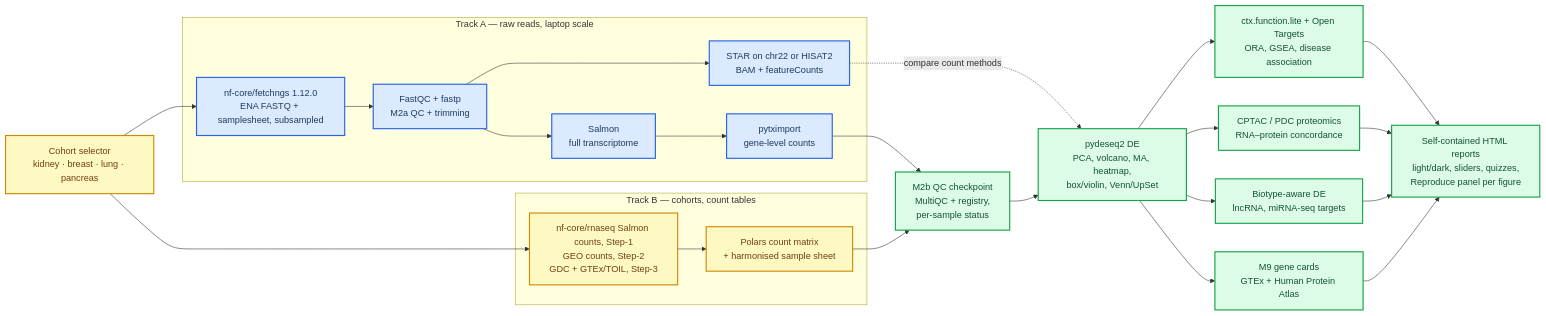
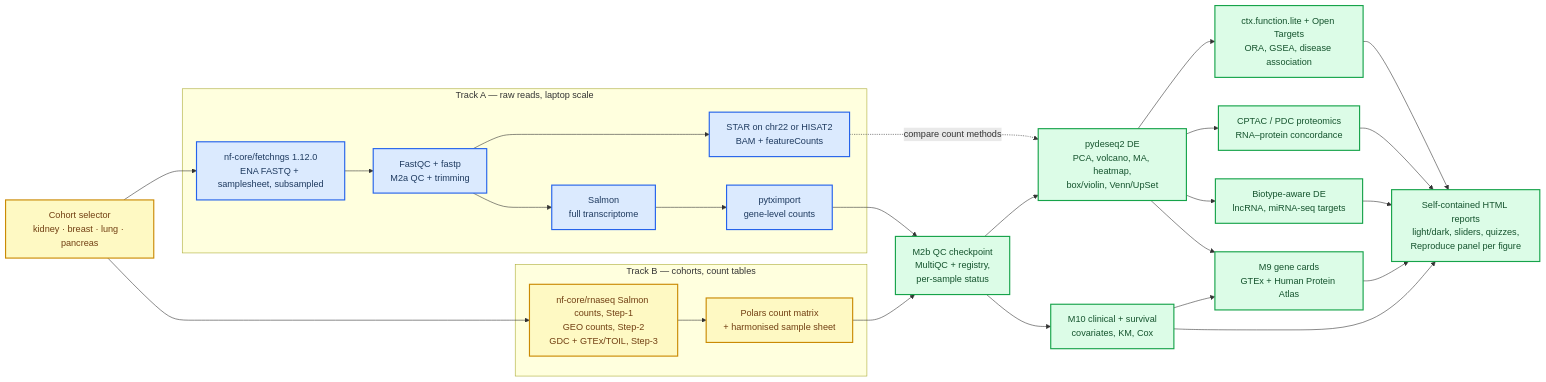
The diagram in TODO.md (Aramburu-Lab/RNAseq_tutorial), drawn with Mermaid before and after one commit. The commit also changed other lines of this file and 6 other files, not shown here.

````diff
--- a/TODO.md
+++ b/TODO.md
@@ -31,41 +32,44 @@
 ```mermaid
 flowchart LR
     accTitle: Two-Track Teaching Architecture
-    accDescr: A cohort selector (kidney, breast, lung, pancreas) chooses the datasets for both tracks. Track A runs the complete read-level pipeline on subsampled FASTQ files so it fits a laptop. Track B uses count tables from immune-cell cohorts and, at Step-3, from TCGA and GTEx, for realistic cohort statistics. Both tracks pass a QC checkpoint and feed the same differential expression and functional annotation modules; two integration modules compare RNA changes with proteomics and handle non-coding RNAs, and gene cards add GTEx and Human Protein Atlas context for selected genes before reporting.
+    accDescr: A cohort selector (kidney, breast, lung, pancreas) chooses the datasets for both tracks. Track A runs the complete read-level pipeline on subsampled FASTQ files so it fits a laptop. Track B uses count tables from immune-cell cohorts and, at Step-3, from TCGA and GTEx, for realistic cohort statistics. Both tracks pass a QC checkpoint and feed the same differential expression and functional annotation modules; two integration modules compare RNA changes with proteomics and handle non-coding RNAs, gene cards add GTEx and Human Protein Atlas context for selected genes, and a clinical module relates expression to covariates, treatment and survival before reporting.
 
     cohortsel["Cohort selector<br/>kidney · breast · lung · pancreas"]
 
     subgraph track_a["Track A — raw reads, laptop scale"]
         fastq["nf-core/fetchngs 1.12.0<br/>ENA FASTQ + samplesheet, subsampled"] --> qc["FastQC + fastp<br/>M2a QC + trimming"]
         qc --> align["STAR on chr22 or HISAT2<br/>BAM + featureCounts"]
         qc --> salmon["Salmon<br/>full transcriptome"]
         salmon --> tximport["pytximport<br/>gene-level counts"]
     end
 
     subgraph track_b["Track B — cohorts, count tables"]
         gdc["nf-core/rnaseq Salmon counts, Step-1<br/>GEO counts, Step-2<br/>GDC + GTEx/TOIL, Step-3"] --> matrix["Polars count matrix<br/>+ harmonised sample sheet"]
     end
 
     cohortsel --> fastq
     cohortsel --> gdc
     tximport --> qcc["M2b QC checkpoint<br/>MultiQC + registry,<br/>per-sample status"]
     matrix --> qcc
     qcc --> de["pydeseq2 DE<br/>PCA, volcano, MA, heatmap,<br/>box/violin, Venn/UpSet"]
     align -.->|"compare count methods"| de
     de --> func["ctx.function.lite + Open Targets<br/>ORA, GSEA, disease association"]
     de --> prot["CPTAC / PDC proteomics<br/>RNA–protein concordance"]
     de --> ncrna["Biotype-aware DE<br/>lncRNA, miRNA-seq targets"]
     func --> report["Self-contained HTML reports<br/>light/dark, sliders, quizzes,<br/>Reproduce panel per figure"]
     prot --> report
     ncrna --> report
     de --> gene["M9 gene cards<br/>GTEx + Human Protein Atlas"]
     gene --> report
+    qcc --> clin["M10 clinical + survival<br/>covariates, KM, Cox"]
+    clin --> gene
+    clin --> report
 
     classDef reads fill:#dbeafe,stroke:#2563eb,stroke-width:2px,color:#1e3a5f
     classDef cohort fill:#fef9c3,stroke:#ca8a04,stroke-width:2px,color:#713f12
     classDef shared fill:#dcfce7,stroke:#16a34a,stroke-width:2px,color:#14532d
 
     class fastq,qc,align,salmon,tximport reads
     class cohortsel,gdc,matrix cohort
-    class qcc,de,func,prot,ncrna,gene,report shared
+    class qcc,de,func,prot,ncrna,gene,clin,report shared
 ```
````
